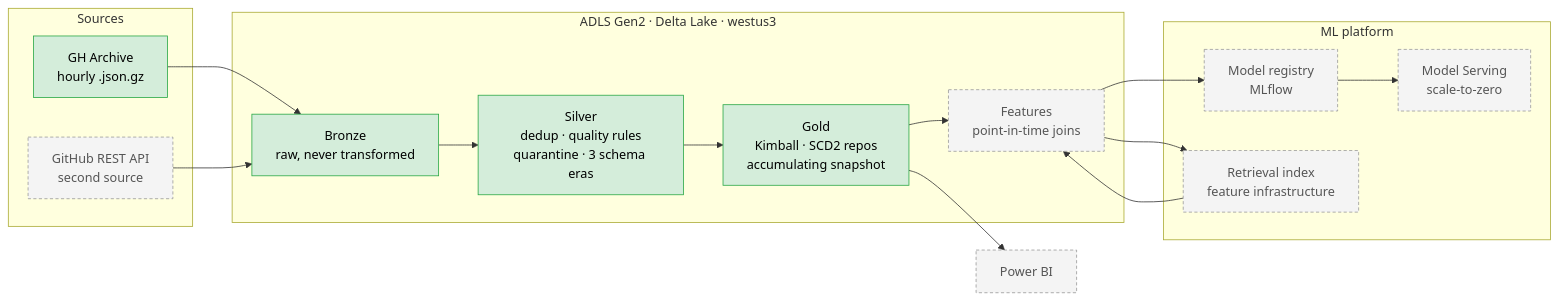
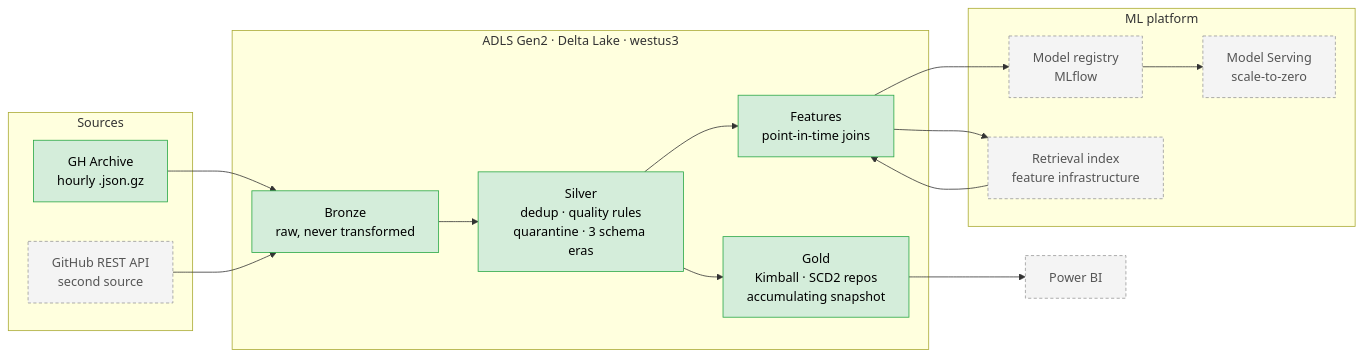
One commit to bsreecharanreddy/almanac changed the diagram in README.md. Above: the diagram before and after it, drawn with Mermaid. The commit also changed other lines of this file and 1 other file, not shown here.

First line of the commit message:
docs: Phase 3 exit gate — README diagram, STATUS.md verification row

````diff
--- a/README.md
+++ b/README.md
@@ -90,33 +104,35 @@
 ```mermaid
 flowchart LR
   subgraph src[Sources]
     GHA[GH Archive<br/>hourly .json.gz]
     API[GitHub REST API<br/>second source]
   end
 
   subgraph lake[ADLS Gen2 · Delta Lake · westus3]
     B[Bronze<br/>raw, never transformed]
     S[Silver<br/>dedup · quality rules<br/>quarantine · 3 schema eras]
     G[Gold<br/>Kimball · SCD2 repos<br/>accumulating snapshot]
     F[Features<br/>point-in-time joins]
   end
 
   subgraph ml[ML platform]
     R[Model registry<br/>MLflow]
     E[Model Serving<br/>scale-to-zero]
     V[Retrieval index<br/>feature infrastructure]
   end
 
   GHA --> B
   API --> B
-  B --> S --> G --> F
+  B --> S
+  S --> G
+  S --> F
+  G --> BI[Power BI]
   F --> R --> E
   F --> V
   V --> F
-  G --> BI[Power BI]
 
   classDef done fill:#d4edda,stroke:#28a745,color:#000
   classDef todo fill:#f4f4f4,stroke:#999,color:#555,stroke-dasharray:4 3
-  class GHA,B,S,G done
-  class API,F,R,E,V,BI todo
+  class GHA,B,S,G,F done
+  class API,R,E,V,BI todo
 ```
````
